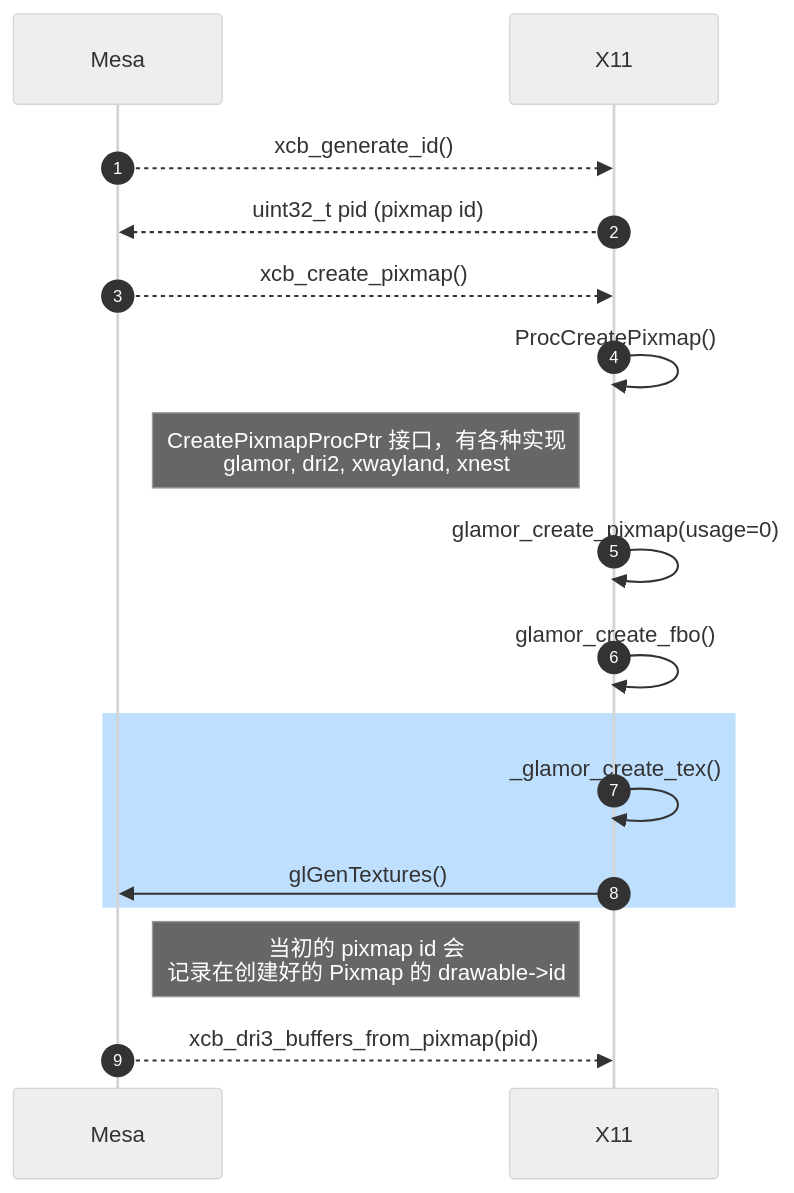
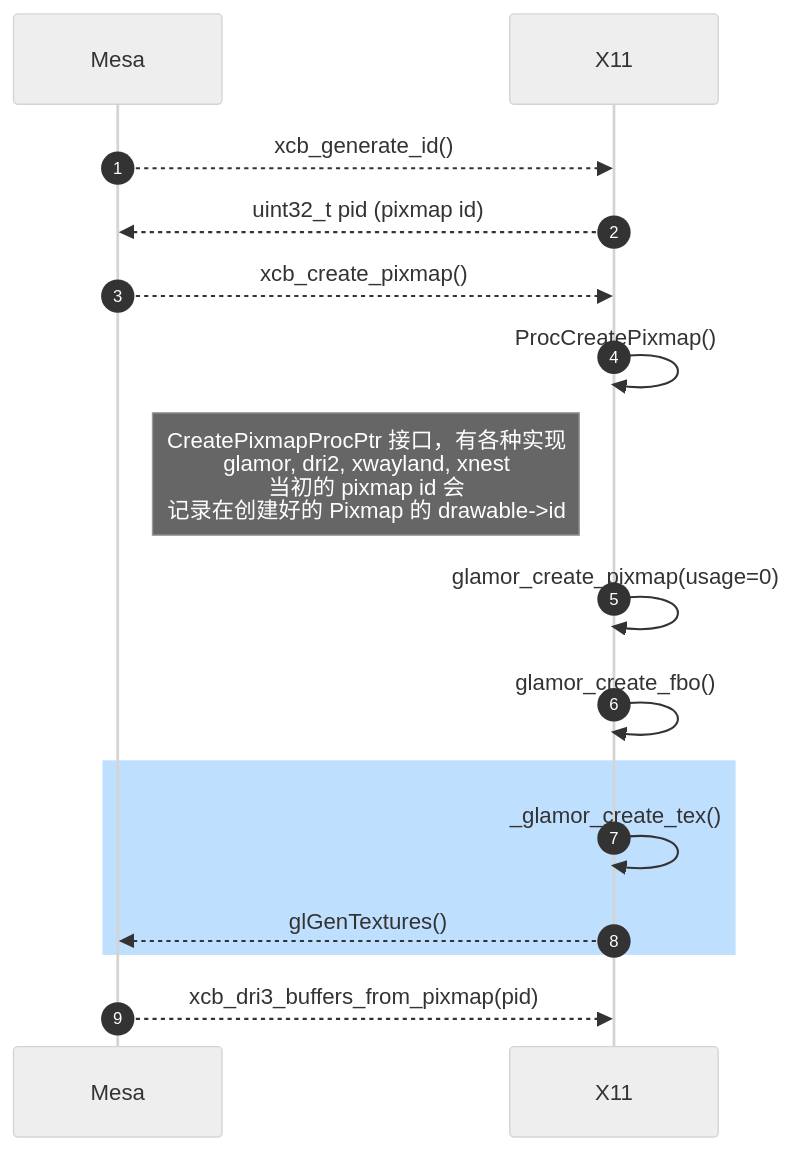
One commit to lucmann/lucmann.github.io changed the first of 2 diagrams in source/_posts/gfx/xcb.md. Above: the diagram before and after it, drawn with Mermaid (neutral theme).

Commit message:
gfx: xcb mermaid

````diff
--- a/source/_posts/gfx/xcb.md
+++ b/source/_posts/gfx/xcb.md
@@ -30,20 +30,19 @@
 ```mermaid
 sequenceDiagram
     autonumber
     participant Mesa
     participant X11
 
     Mesa-->>X11: xcb_generate_id()
     X11-->>Mesa: uint32_t pid (pixmap id)
     Mesa-->>X11: xcb_create_pixmap()
     X11->>X11: ProcCreatePixmap()
-    note left of X11: CreatePixmapProcPtr 接口，有各种实现<br/>glamor, dri2, xwayland, xnest
+    note left of X11: CreatePixmapProcPtr 接口，有各种实现<br/>glamor, dri2, xwayland, xnest<br/>当初的 pixmap id 会<br/>记录在创建好的 Pixmap 的 drawable->id
     X11->>X11: glamor_create_pixmap(usage=0)
     X11->>X11: glamor_create_fbo()
     rect rgb(191, 223, 255)
     X11->>X11: _glamor_create_tex()
-    X11->>Mesa: glGenTextures()
+    X11-->>Mesa: glGenTextures()
     end
-    note left of X11: 当初的 pixmap id 会<br/>记录在创建好的 Pixmap 的 drawable->id
     Mesa-->>X11: xcb_dri3_buffers_from_pixmap(pid)
 ```
````
